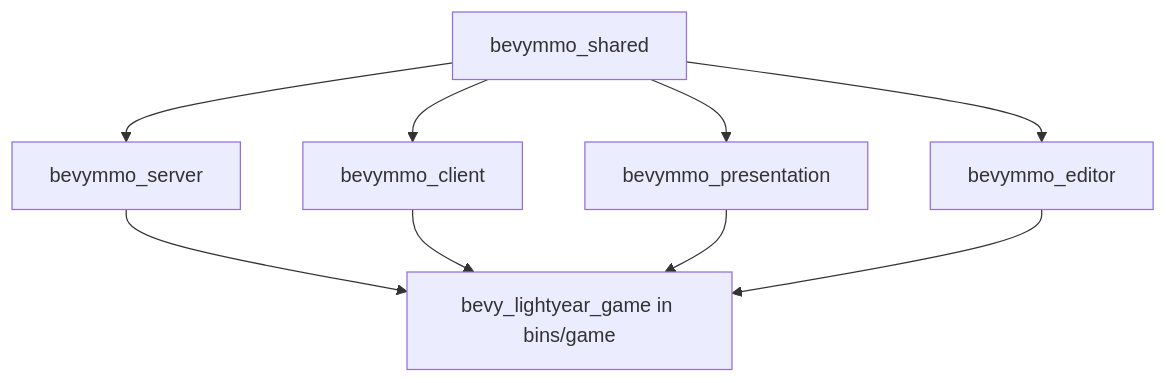
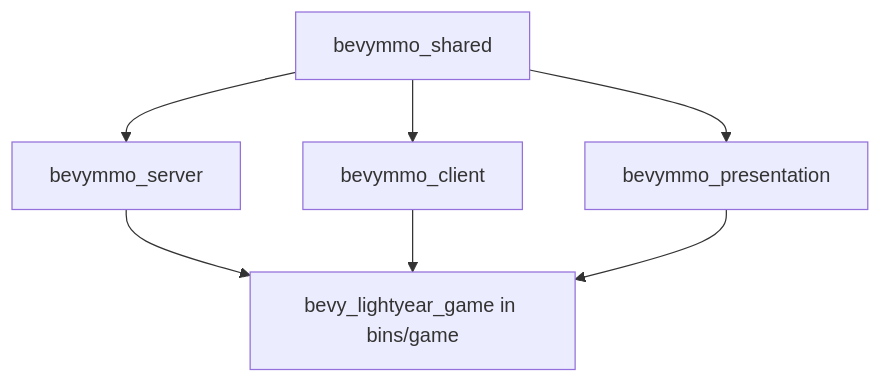
Before and after one commit to alessandrobrunoh/BevyMMO: the diagram in docs/crates.md, drawn with Mermaid. The commit also changed other lines of this file and 81 other files, not shown here.

````diff
--- a/docs/crates.md
+++ b/docs/crates.md
@@ -7,18 +7,15 @@
 ```mermaid
 graph TD
     shared[bevymmo_shared]
     server[bevymmo_server]
     client[bevymmo_client]
     presentation[bevymmo_presentation]
-    editor[bevymmo_editor]
     game[bevy_lightyear_game in bins/game]
 
     shared --> server
     shared --> client
     shared --> presentation
-    shared --> editor
     server --> game
     client --> game
     presentation --> game
-    editor --> game
 ```
````
